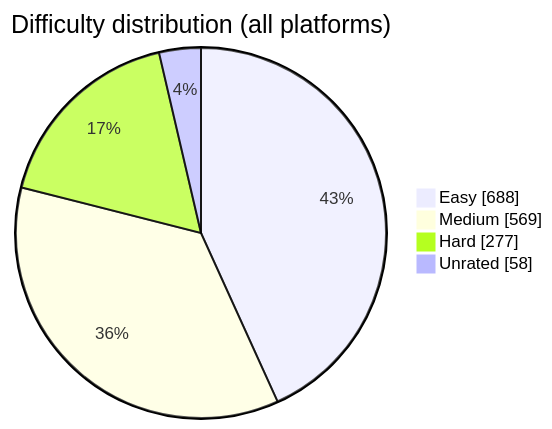
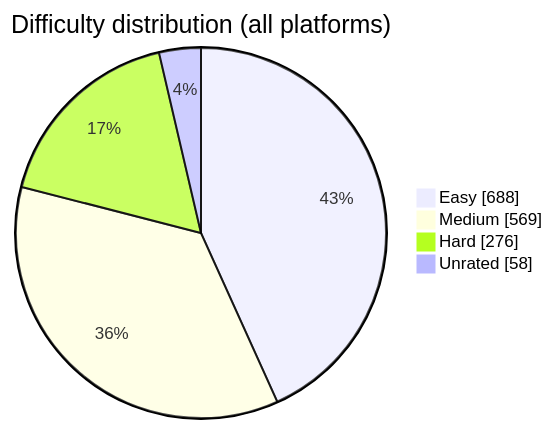
The diagram in README.md (BuildbyArindam/Daily-Coding-Log), drawn with Mermaid before and after one commit. The commit also changed other lines of this file, not shown here.

````diff
--- a/README.md
+++ b/README.md
@@ -93,7 +93,7 @@
 ```mermaid
 pie showData title Difficulty distribution (all platforms)
     "Easy" : 688
     "Medium" : 569
-    "Hard" : 277
+    "Hard" : 276
     "Unrated" : 58
 ```
````
